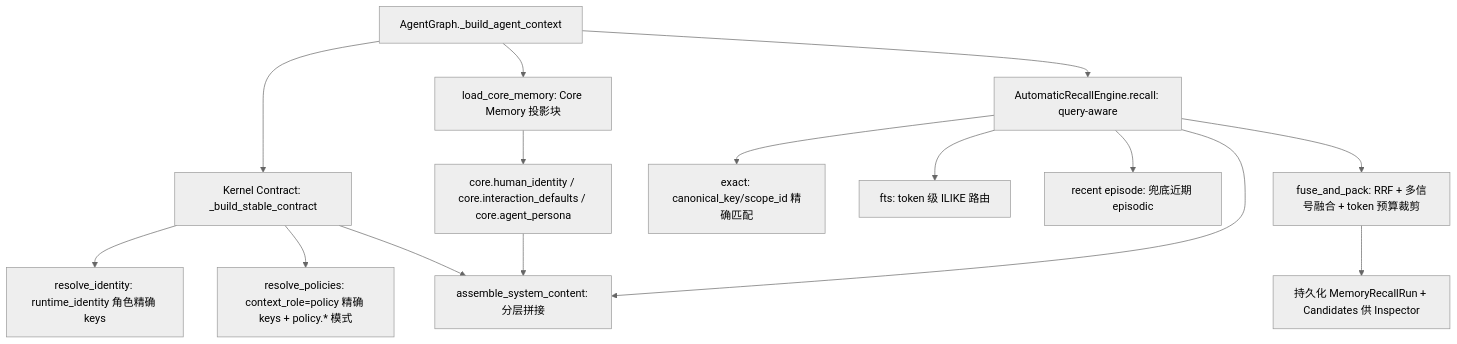
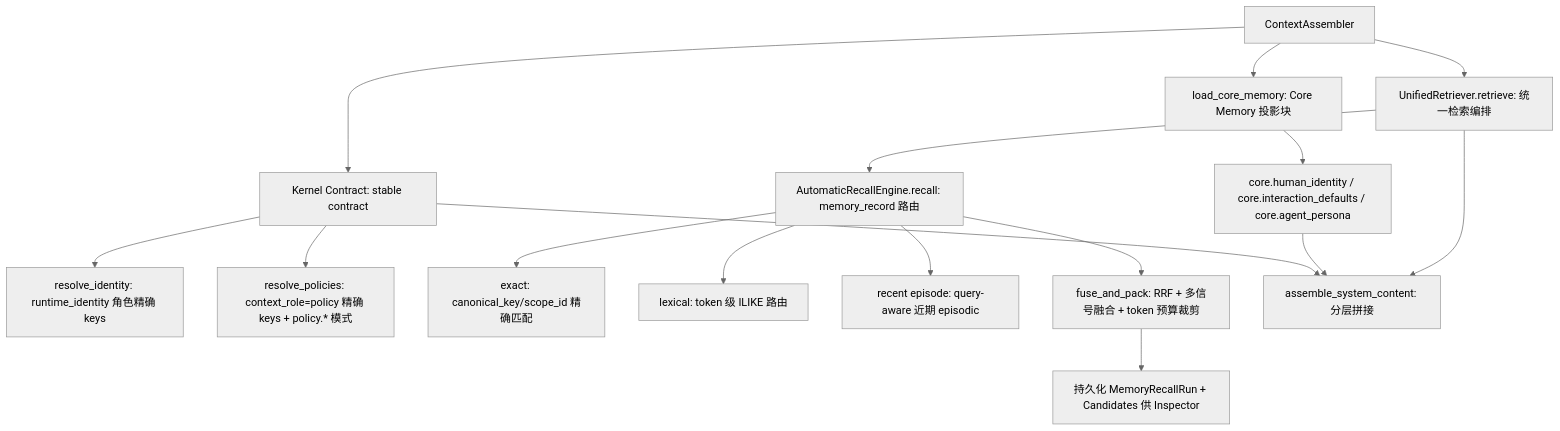
Before and after one commit to juzixiaoren/AIive: the second of 4 diagrams in docs/architecture/memory_architecture_design.md, drawn with Mermaid (neutral theme). The commit also changed other lines of this file and 234 other files, not shown here.

````diff
--- a/docs/architecture/memory_architecture_design.md
+++ b/docs/architecture/memory_architecture_design.md
@@ -117,15 +117,16 @@
 ```mermaid
 flowchart TD
-    B[AgentGraph._build_agent_context] --> KC[Kernel Contract: _build_stable_contract]
+    B[ContextAssembler] --> KC[Kernel Contract: stable contract]
     KC --> ID[resolve_identity: runtime_identity 角色精确 keys]
     KC --> POL[resolve_policies: context_role=policy 精确 keys + policy.* 模式]
     B --> CM[load_core_memory: Core Memory 投影块]
     CM --> CMB[core.human_identity / core.interaction_defaults / core.agent_persona]
-    B --> AR[AutomaticRecallEngine.recall: query-aware]
+    B --> UR[UnifiedRetriever.retrieve: 统一检索编排]
+    UR --> AR[AutomaticRecallEngine.recall: memory_record 路由]
     AR --> R1[exact: canonical_key/scope_id 精确匹配]
-    AR --> R2[fts: token 级 ILIKE 路由]
-    AR --> R3[recent episode: 兜底近期 episodic]
+    AR --> R2[lexical: token 级 ILIKE 路由]
+    AR --> R3[recent episode: query-aware 近期 episodic]
     AR --> FUSE[fuse_and_pack: RRF + 多信号融合 + token 预算裁剪]
     FUSE --> TRACE[持久化 MemoryRecallRun + Candidates 供 Inspector]
-    KC & CMB & AR --> SYS[assemble_system_content: 分层拼接]
+    KC & CMB & UR --> SYS[assemble_system_content: 分层拼接]
 ```
````
